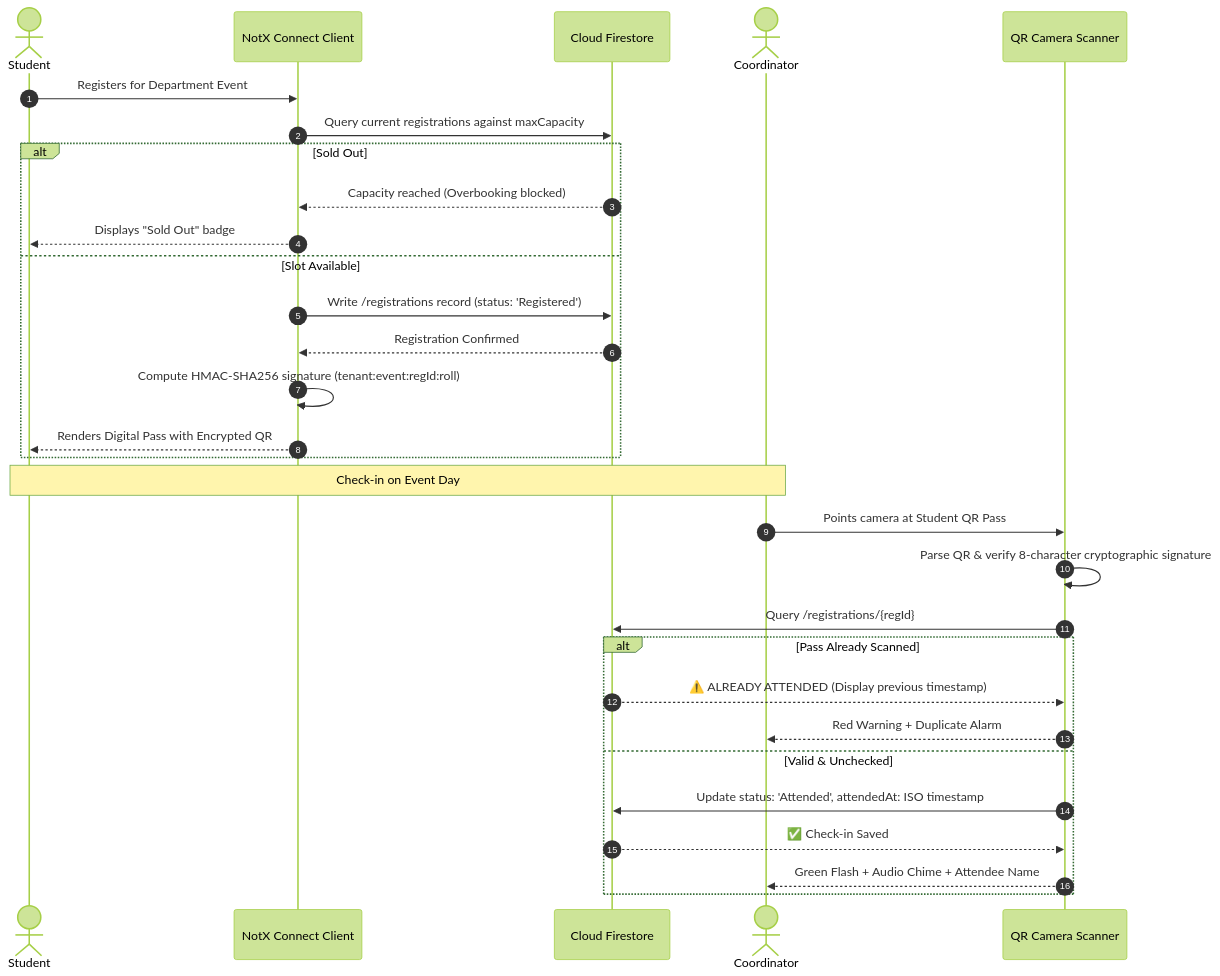
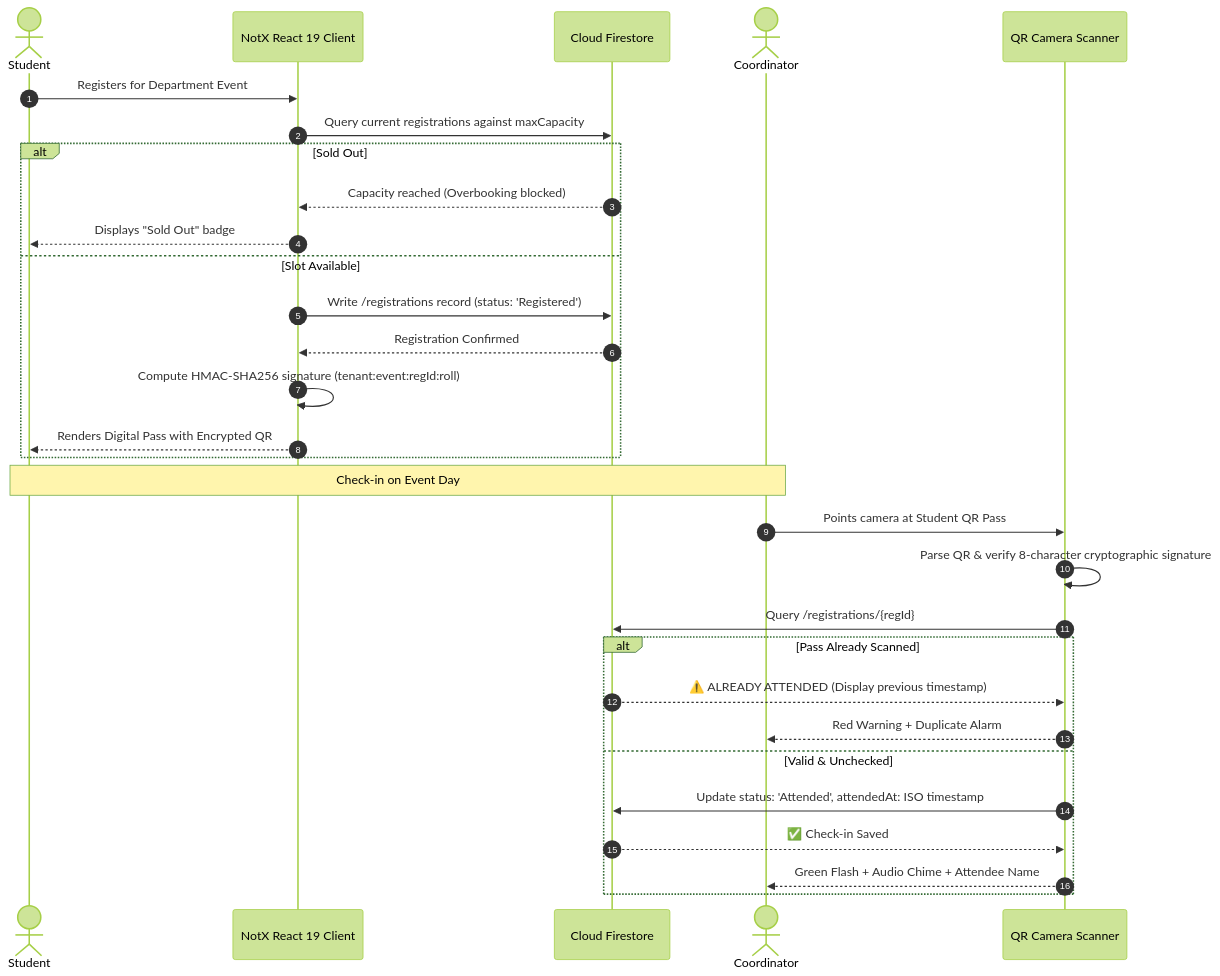
Before and after one commit to ThinkBotz/notx-saas: the diagram in README.md, drawn with Mermaid (forest theme). The commit also changed other lines of this file, not shown here.

````diff
--- a/README.md
+++ b/README.md
@@ -265,34 +176,34 @@
 ```mermaid
 sequenceDiagram
     autonumber
     actor Student
-    participant UI as NotX Connect Client
+    participant UI as NotX React 19 Client
     participant FS as Cloud Firestore
     actor Coordinator
     participant Cam as QR Camera Scanner
 
     Student->>UI: Registers for Department Event
     UI->>FS: Query current registrations against maxCapacity
     alt Sold Out
         FS-->>UI: Capacity reached (Overbooking blocked)
         UI-->>Student: Displays "Sold Out" badge
     else Slot Available
         UI->>FS: Write /registrations record (status: 'Registered')
         FS-->>UI: Registration Confirmed
         UI->>UI: Compute HMAC-SHA256 signature (tenant:event:regId:roll)
         UI-->>Student: Renders Digital Pass with Encrypted QR
     end
 
     Note over Student,Coordinator: Check-in on Event Day
     Coordinator->>Cam: Points camera at Student QR Pass
     Cam->>Cam: Parse QR & verify 8-character cryptographic signature
     Cam->>FS: Query /registrations/{regId}
     alt Pass Already Scanned
         FS-->>Cam: ⚠️ ALREADY ATTENDED (Display previous timestamp)
         Cam-->>Coordinator: Red Warning + Duplicate Alarm
     else Valid & Unchecked
         Cam->>FS: Update status: 'Attended', attendedAt: ISO timestamp
         FS-->>Cam: ✅ Check-in Saved
         Cam-->>Coordinator: Green Flash + Audio Chime + Attendee Name
     end
 ```
````
